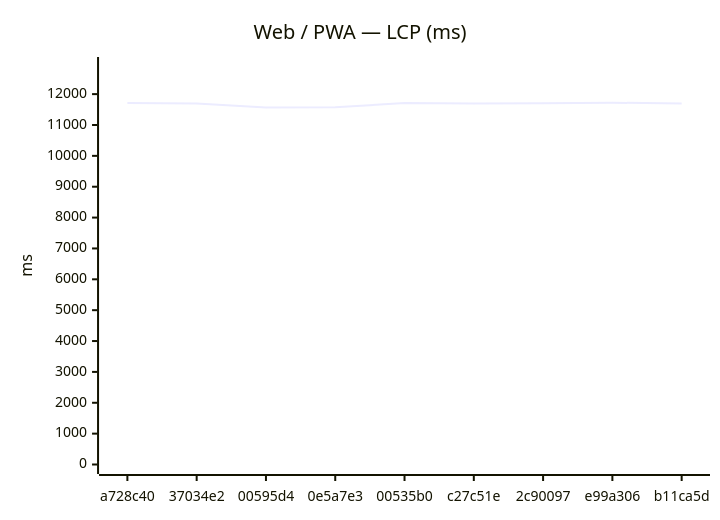
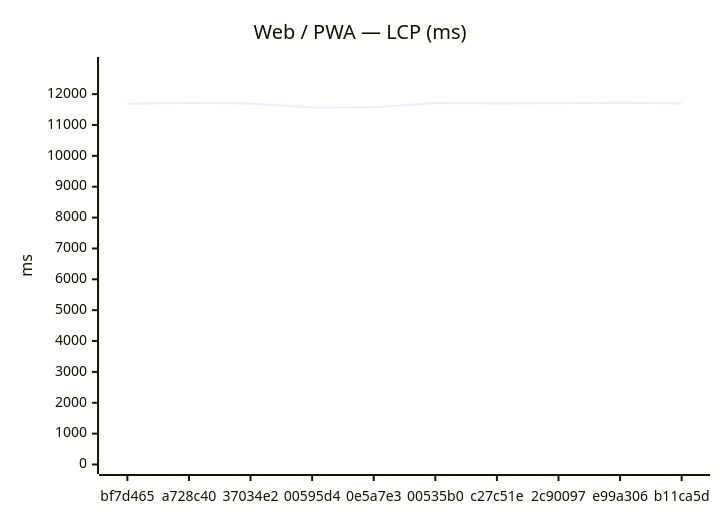
Before and after one commit to Metaheurist/Rianell: the first of 24 diagrams in benchmarks/compare.md, drawn with Mermaid. The commit also changed other lines of this file and 12 other files, not shown here.

````diff
--- a/benchmarks/compare.md
+++ b/benchmarks/compare.md
@@ -23,7 +24,7 @@
 ```mermaid
 xychart-beta
     title "Web / PWA — LCP (ms)"
-    x-axis ["a728c40", "37034e2", "00595d4", "0e5a7e3", "00535b0", "c27c51e", "2c90097", "e99a306", "b11ca5d"]
+    x-axis ["bf7d465", "a728c40", "37034e2", "00595d4", "0e5a7e3", "00535b0", "c27c51e", "2c90097", "e99a306", "b11ca5d"]
     y-axis "ms" 0 --> 12895
-    line [11716, 11698, 11566, 11571, 11711, 11699, 11703, 11722, 11697]
+    line [11691, 11716, 11698, 11566, 11571, 11711, 11699, 11703, 11722, 11697]
 ```
````
